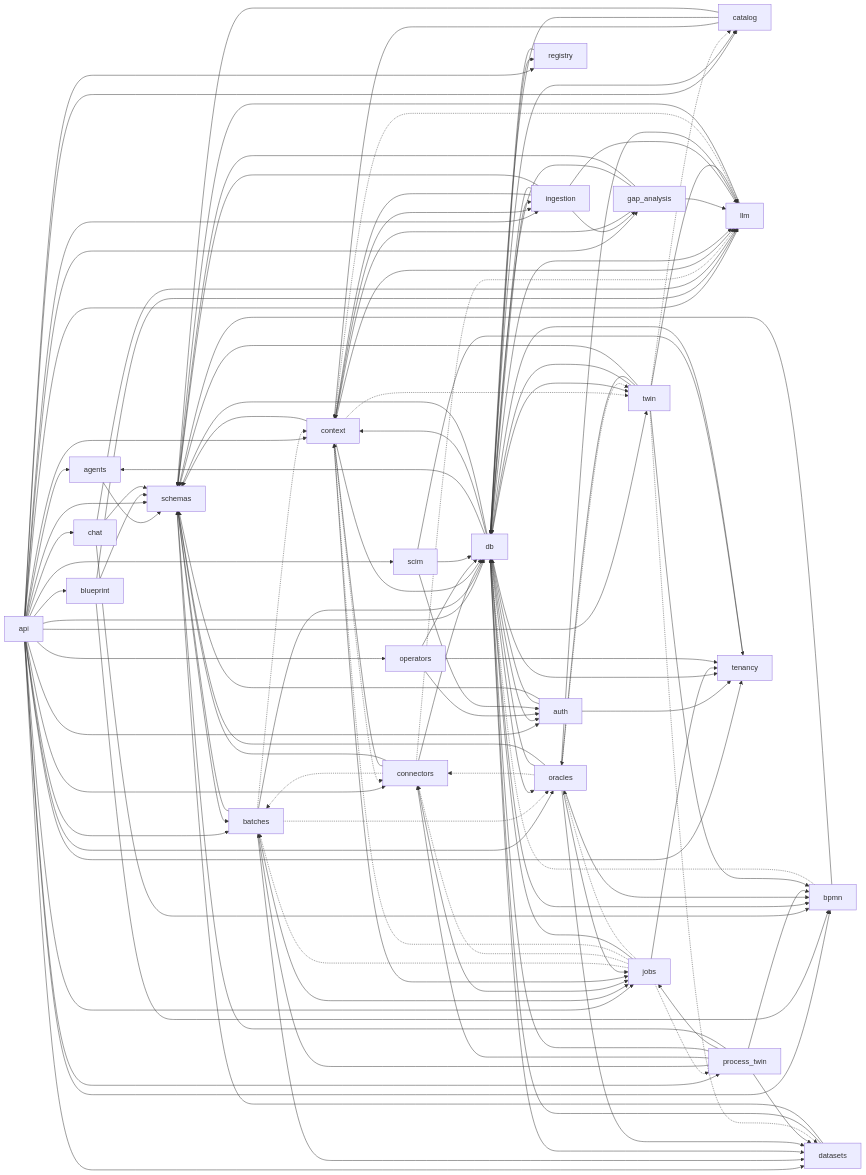
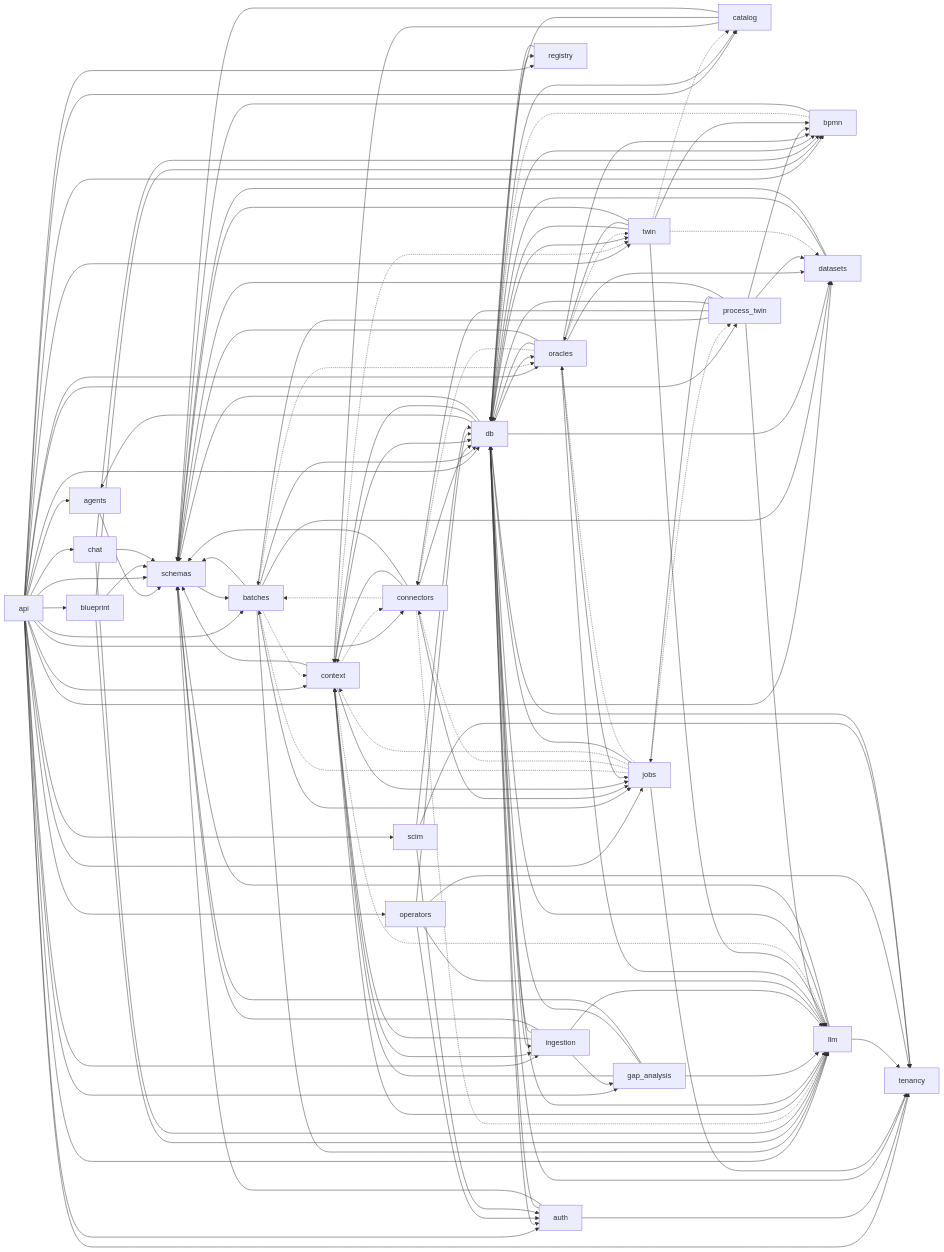
One commit to jayendukumar/agentify changed the third of 8 diagrams in docs/wiki/Architecture.md. Above: the diagram before and after it, drawn with Mermaid. The commit also changed other lines of this file and 38 other files, not shown here.

```diff
--- a/docs/wiki/Architecture.md
+++ b/docs/wiki/Architecture.md
@@ -153,6 +153,7 @@
     batches --> datasets
     batches --> db
     batches --> jobs
+    batches --> llm
     batches -.-> oracles
     batches --> schemas
     blueprint --> bpmn
@@ -211,9 +212,12 @@
     jobs -.-> process_twin
     jobs --> tenancy
     llm -.-> context
+    llm --> db
     llm --> schemas
+    llm --> tenancy
     operators --> auth
     operators --> db
+    operators --> llm
     operators --> tenancy
     oracles --> bpmn
     oracles -.-> connectors
@@ -229,6 +233,7 @@
     process_twin --> datasets
     process_twin --> db
     process_twin --> jobs
+    process_twin --> llm
     process_twin --> schemas
     registry --> db
     schemas --> batches
```
